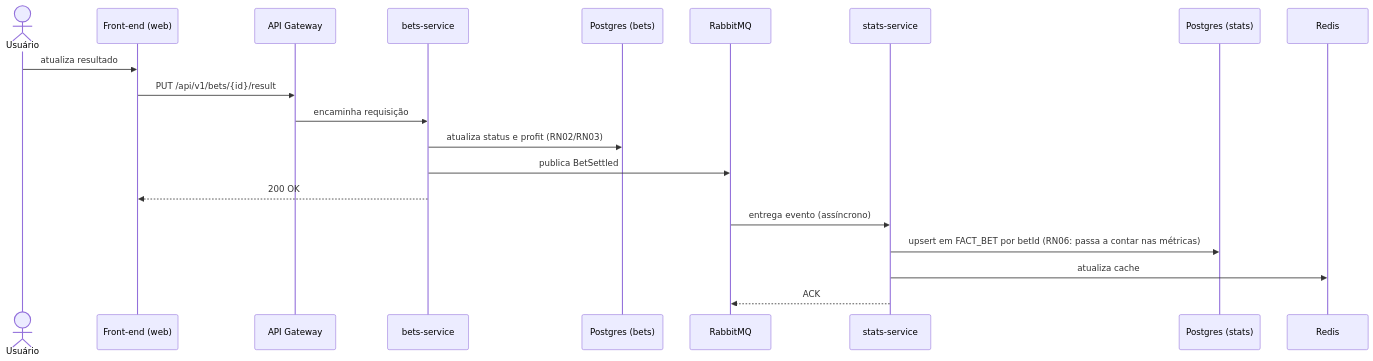
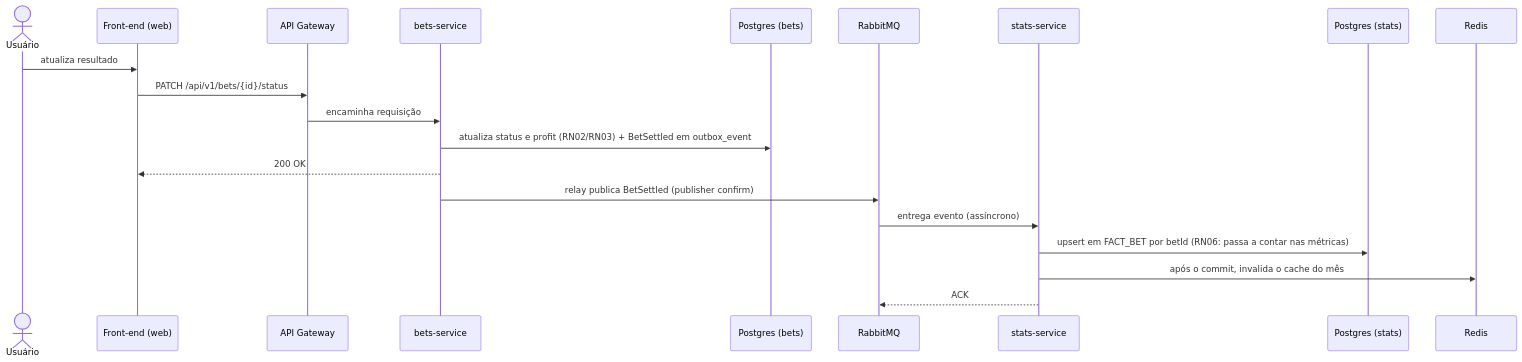
The third of 4 diagrams in docs/arquitetura.md (eimmig/sv-harness), drawn with Mermaid before and after one commit. The commit also changed other lines of this file and 3 other files, not shown here.

First line of the commit message:
docs(root): align architecture flows, bets ERD and cache keys with the code

````diff
--- a/docs/arquitetura.md
+++ b/docs/arquitetura.md
@@ -212,23 +219,23 @@
 ```mermaid
 sequenceDiagram
     actor U as Usuário
     participant FE as Front-end (web)
     participant GW as API Gateway
     participant BS as bets-service
     participant BDB as Postgres (bets)
     participant MQ as RabbitMQ
     participant SS as stats-service
     participant SDB as Postgres (stats)
     participant R as Redis
 
     U->>FE: atualiza resultado
-    FE->>GW: PUT /api/v1/bets/{id}/result
+    FE->>GW: PATCH /api/v1/bets/{id}/status
     GW->>BS: encaminha requisição
-    BS->>BDB: atualiza status e profit (RN02/RN03)
-    BS->>MQ: publica BetSettled
+    BS->>BDB: atualiza status e profit (RN02/RN03) + BetSettled em outbox_event
     BS-->>FE: 200 OK
+    BS->>MQ: relay publica BetSettled (publisher confirm)
     MQ->>SS: entrega evento (assíncrono)
     SS->>SDB: upsert em FACT_BET por betId (RN06: passa a contar nas métricas)
-    SS->>R: atualiza cache
+    SS->>R: após o commit, invalida o cache do mês
     SS-->>MQ: ACK
 ```
````
